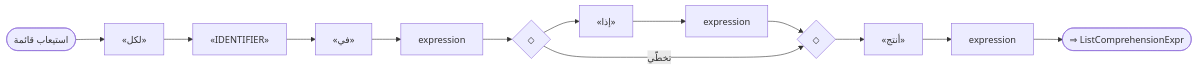
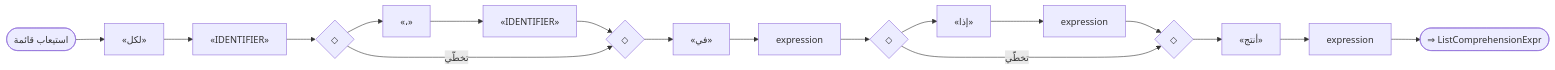
Before and after one commit to sadlang/sadlang: diagram 25 of 55 in docs/parser_rule/_generated/60_advanced.md, drawn with Mermaid. The commit also changed other lines of this file and 21 other files, not shown here.

````diff
--- a/docs/parser_rule/_generated/60_advanced.md
+++ b/docs/parser_rule/_generated/60_advanced.md
@@ -802,27 +802,36 @@
 ```mermaid
 flowchart LR
   n1(["استيعاب قائمة"])
   n2["«لكل»"]
   n3["«IDENTIFIER»"]
   n2 --> n3
-  n4["«في»"]
+  n4{"◇"}
+  n5{"◇"}
+  n6["«،»"]
+  n7["«IDENTIFIER»"]
+  n6 --> n7
+  n4 --> n6
+  n7 --> n5
+  n4 -- "تخطّي" --> n5
   n3 --> n4
-  n5["expression"]
-  n4 --> n5
-  n6{"◇"}
-  n7{"◇"}
-  n8["«إذا»"]
+  n8["«في»"]
+  n5 --> n8
   n9["expression"]
   n8 --> n9
-  n6 --> n8
-  n9 --> n7
-  n6 -- "تخطّي" --> n7
-  n5 --> n6
-  n10["«أنتج»"]
-  n7 --> n10
-  n11["expression"]
-  n10 --> n11
+  n10{"◇"}
+  n11{"◇"}
+  n12["«إذا»"]
+  n13["expression"]
+  n12 --> n13
+  n10 --> n12
+  n13 --> n11
+  n10 -- "تخطّي" --> n11
+  n9 --> n10
+  n14["«أنتج»"]
+  n11 --> n14
+  n15["expression"]
+  n14 --> n15
   n1 --> n2
-  n12(["⇒ ListComprehensionExpr"])
-  n11 --> n12
+  n16(["⇒ ListComprehensionExpr"])
+  n15 --> n16
 ```
````
